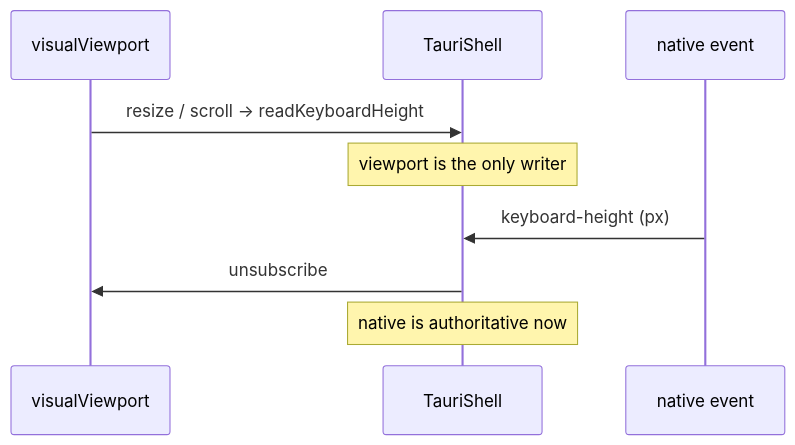
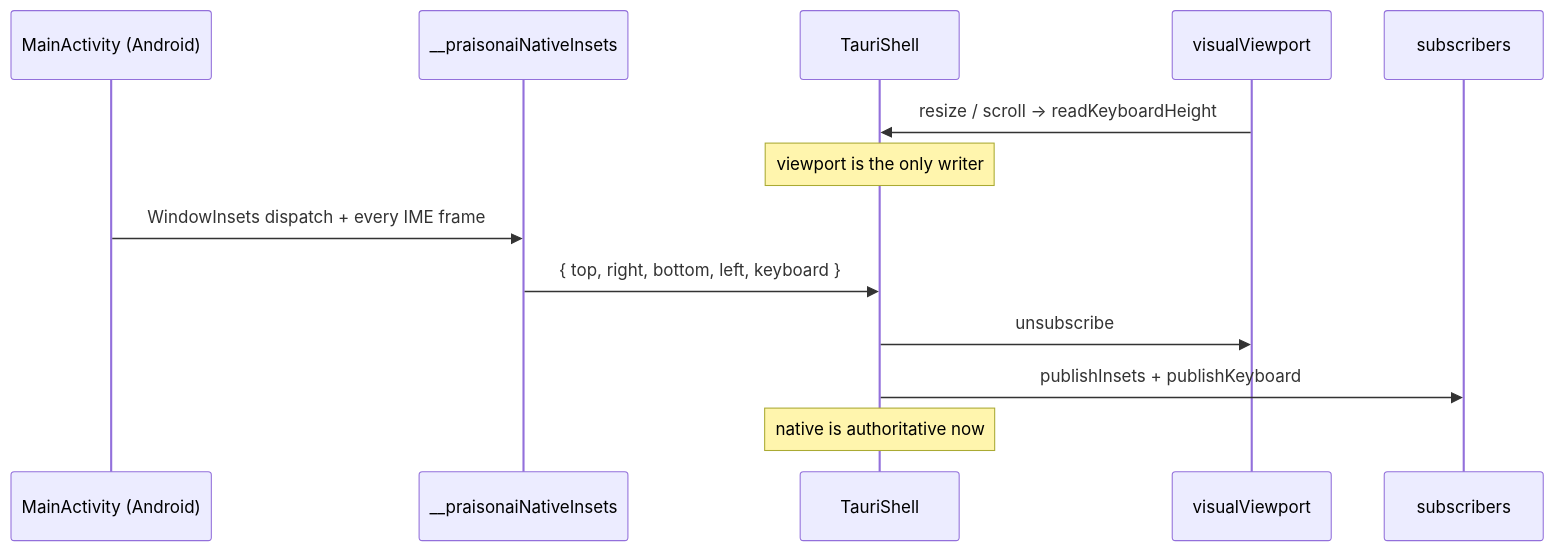
The third of 4 diagrams in docs/features/mobile/shell-and-adapters.mdx (MervinPraison/PraisonAIDocs), drawn with Mermaid before and after one commit. The commit also changed other lines of this file and 7 other files, not shown here.

First line of the commit message:
docs(mobile): document the Android native window-insets & keyboard bridge (fixes #3810)

````diff
--- a/docs/features/mobile/shell-and-adapters.mdx
+++ b/docs/features/mobile/shell-and-adapters.mdx
@@ -238,12 +246,16 @@
 ```mermaid
 sequenceDiagram
+    participant MA as MainActivity (Android)
+    participant G as __praisonaiNativeInsets
+    participant TS as TauriShell
     participant VV as visualViewport
-    participant TS as TauriShell
-    participant NE as native event
+    participant Sub as subscribers
 
     VV->>TS: resize / scroll → readKeyboardHeight
     Note over TS: viewport is the only writer
-    NE->>TS: keyboard-height (px)
+    MA->>G: WindowInsets dispatch + every IME frame
+    G->>TS: { top, right, bottom, left, keyboard }
     TS->>VV: unsubscribe
+    TS->>Sub: publishInsets + publishKeyboard
     Note over TS: native is authoritative now
 ```
````
